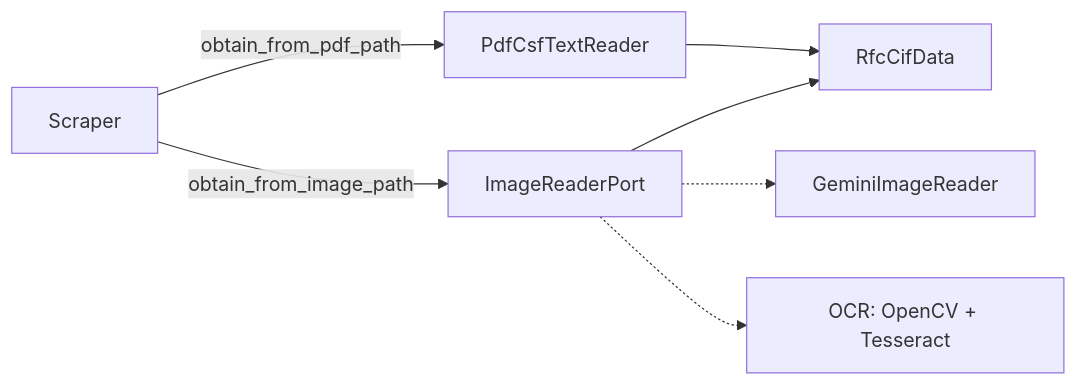
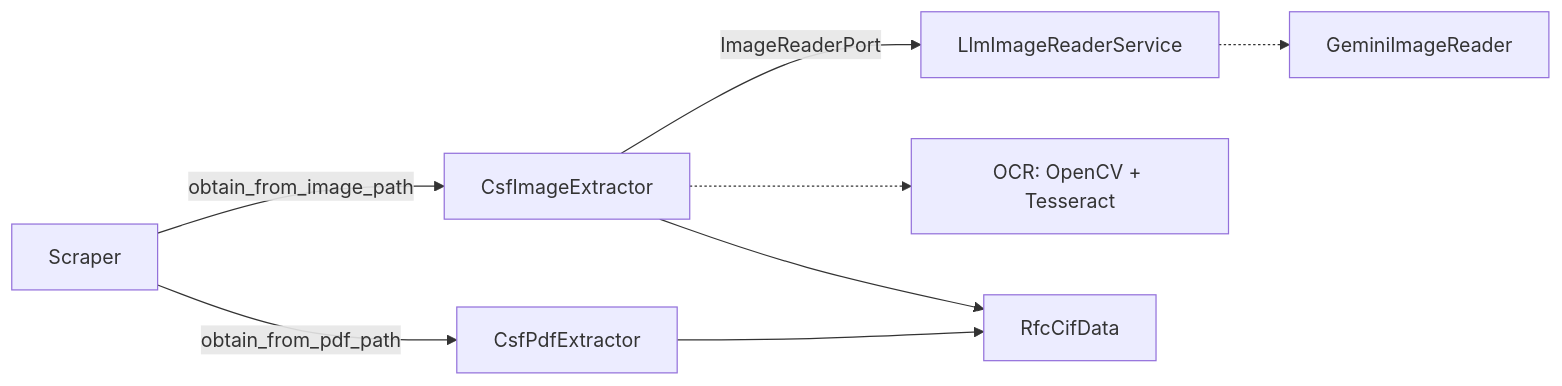
Before and after one commit to PJMP4826/csf-scraper-python: the diagram in README.md, drawn with Mermaid. The commit also changed other lines of this file and 2 other files, not shown here.

````diff
--- a/README.md
+++ b/README.md
@@ -131,9 +165,10 @@
 ```mermaid
 flowchart LR
-    S[Scraper] -->|obtain_from_pdf_path| P[PdfCsfTextReader]
-    S -->|obtain_from_image_path| I[ImageReaderPort]
-    I -.-> G[GeminiImageReader]
-    I -.-> T[OCR: OpenCV + Tesseract]
-    P --> D[RfcCifData]
-    I --> D
+    S[Scraper] -->|obtain_from_pdf_path| P[CsfPdfExtractor]
+    S -->|obtain_from_image_path| B[CsfImageExtractor]
+    B -->|ImageReaderPort| L[LlmImageReaderService]
+    L -.-> G[GeminiImageReader]
+    B -.-> T[OCR: OpenCV + Tesseract]
+    P --> R[RfcCifData]
+    B --> R
 ```
````
